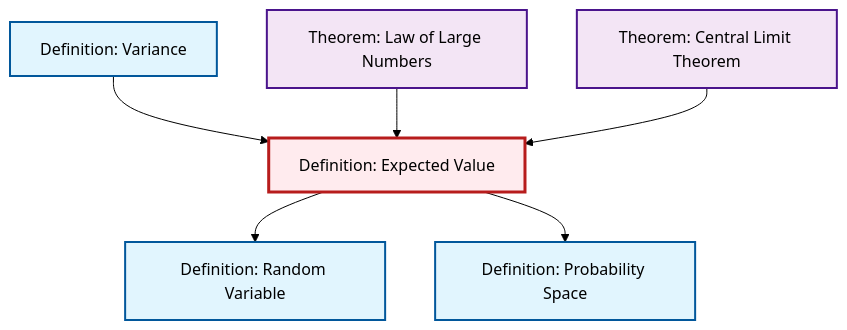
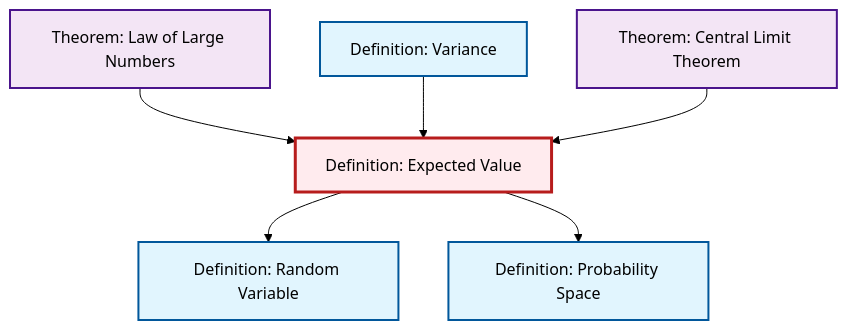
The second of 2 diagrams in content/en/probability-statistics/def-expectation.qmd (RK0429/ModernMath), drawn with Mermaid (forest theme) before and after one commit. The commit also changed other lines of this file and 531 other files, not shown here.

````diff
--- a/content/en/probability-statistics/def-expectation.qmd
+++ b/content/en/probability-statistics/def-expectation.qmd
@@ -86,26 +86,26 @@
 ```{mermaid}
 %%| fig-cap: "Local dependency graph"
 graph TD
     classDef definition fill:#e1f5fe,stroke:#01579b,stroke-width:2px
     classDef theorem fill:#f3e5f5,stroke:#4a148c,stroke-width:2px
     classDef axiom fill:#fff3e0,stroke:#e65100,stroke-width:2px
     classDef example fill:#e8f5e9,stroke:#1b5e20,stroke-width:2px
     classDef current fill:#ffebee,stroke:#b71c1c,stroke-width:3px
     def-random-variable["Definition: Random Variable"]:::definition
     def-expectation["Definition: Expected Value"]:::definition
+    thm-law-of-large-numbers["Theorem: Law of Large Numbers"]:::theorem
+    def-probability-space["Definition: Probability Space"]:::definition
     thm-central-limit["Theorem: Central Limit Theorem"]:::theorem
     def-variance["Definition: Variance"]:::definition
-    thm-law-of-large-numbers["Theorem: Law of Large Numbers"]:::theorem
-    def-probability-space["Definition: Probability Space"]:::definition
+    thm-law-of-large-numbers --> def-expectation
+    def-expectation --> def-random-variable
+    def-expectation --> def-probability-space
     def-variance --> def-expectation
-    def-expectation --> def-random-variable
-    thm-law-of-large-numbers --> def-expectation
     thm-central-limit --> def-expectation
-    def-expectation --> def-probability-space
     class def-expectation current
     click def-random-variable "def-random-variable.html" "Go to Random Variable definition"
+    click thm-law-of-large-numbers "thm-law-of-large-numbers.html" "Go to Law of Large Numbers theorem"
+    click def-probability-space "def-probability-space.html" "Go to Probability Space definition"
     click thm-central-limit "thm-central-limit.html" "Go to Central Limit Theorem theorem"
     click def-variance "def-variance.html" "Go to Variance definition"
-    click thm-law-of-large-numbers "thm-law-of-large-numbers.html" "Go to Law of Large Numbers theorem"
-    click def-probability-space "def-probability-space.html" "Go to Probability Space definition"
 ```
````
